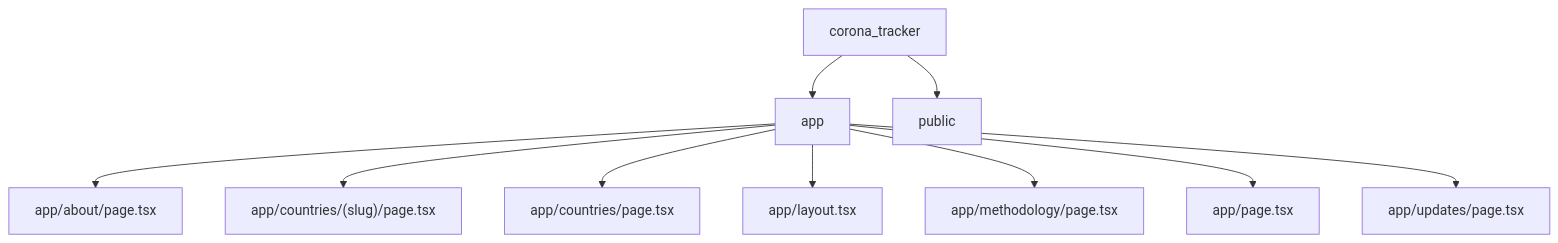
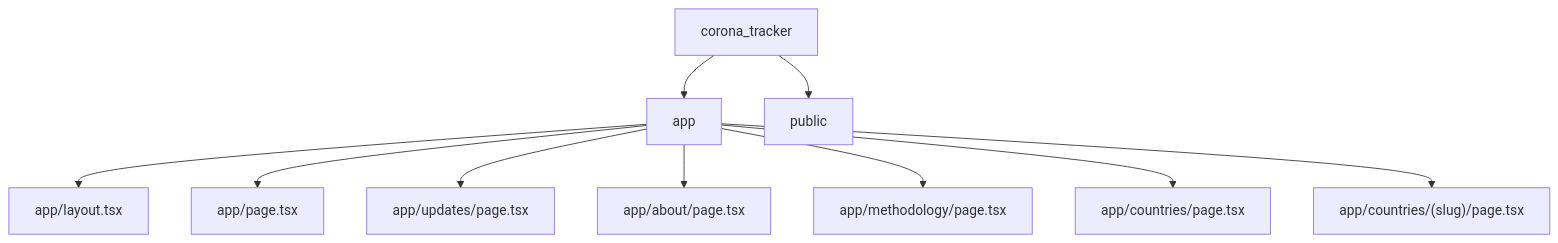
The second of 6 diagrams in README.md (Nischhalsubba/corona_tracker), drawn with Mermaid before and after one commit. The commit also changed other lines of this file, not shown here.

````diff
--- a/README.md
+++ b/README.md
@@ -45,13 +84,13 @@
 ```mermaid
 flowchart TD
     APP["corona_tracker"]
     APP --> R0["app"]
     APP --> R1["public"]
-    R0 --> F0["app/about/page.tsx"]
-    R0 --> F1["app/countries/(slug)/page.tsx"]
-    R0 --> F2["app/countries/page.tsx"]
-    R0 --> F3["app/layout.tsx"]
+    R0 --> F0["app/layout.tsx"]
+    R0 --> F1["app/page.tsx"]
+    R0 --> F2["app/updates/page.tsx"]
+    R0 --> F3["app/about/page.tsx"]
     R0 --> F4["app/methodology/page.tsx"]
-    R0 --> F5["app/page.tsx"]
-    R0 --> F6["app/updates/page.tsx"]
+    R0 --> F5["app/countries/page.tsx"]
+    R0 --> F6["app/countries/(slug)/page.tsx"]
 ```
````
